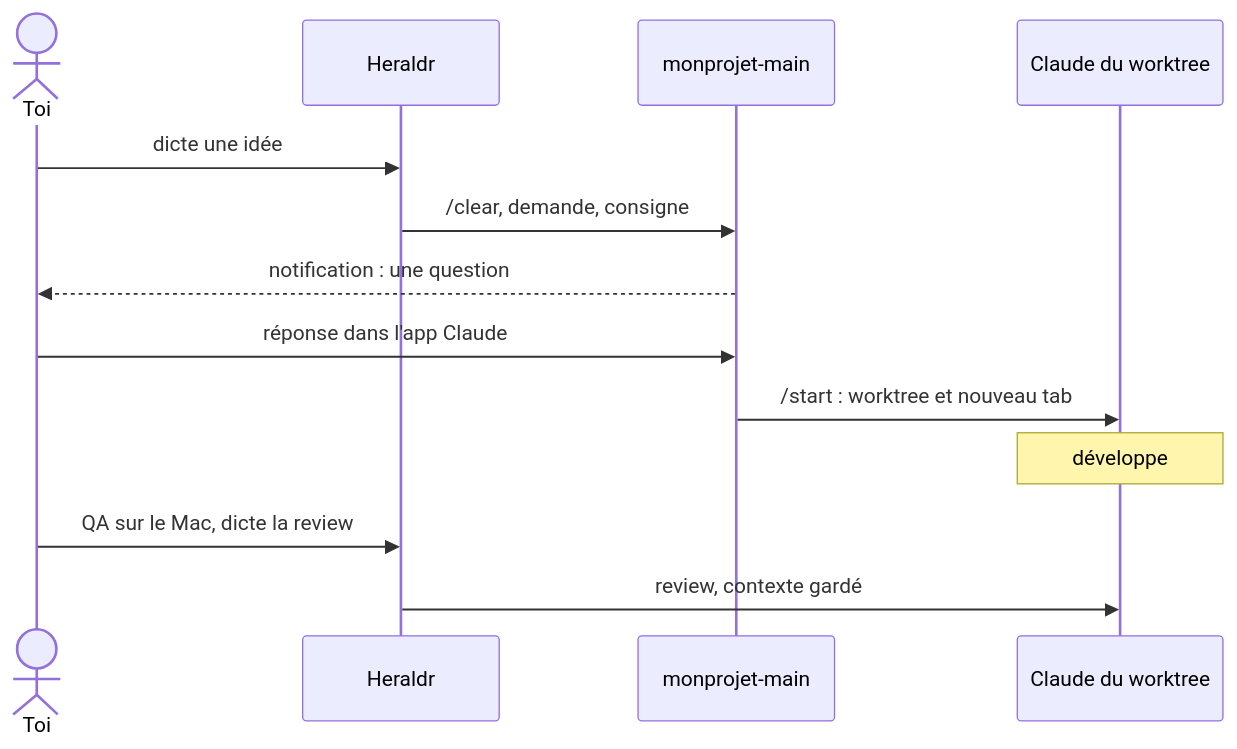
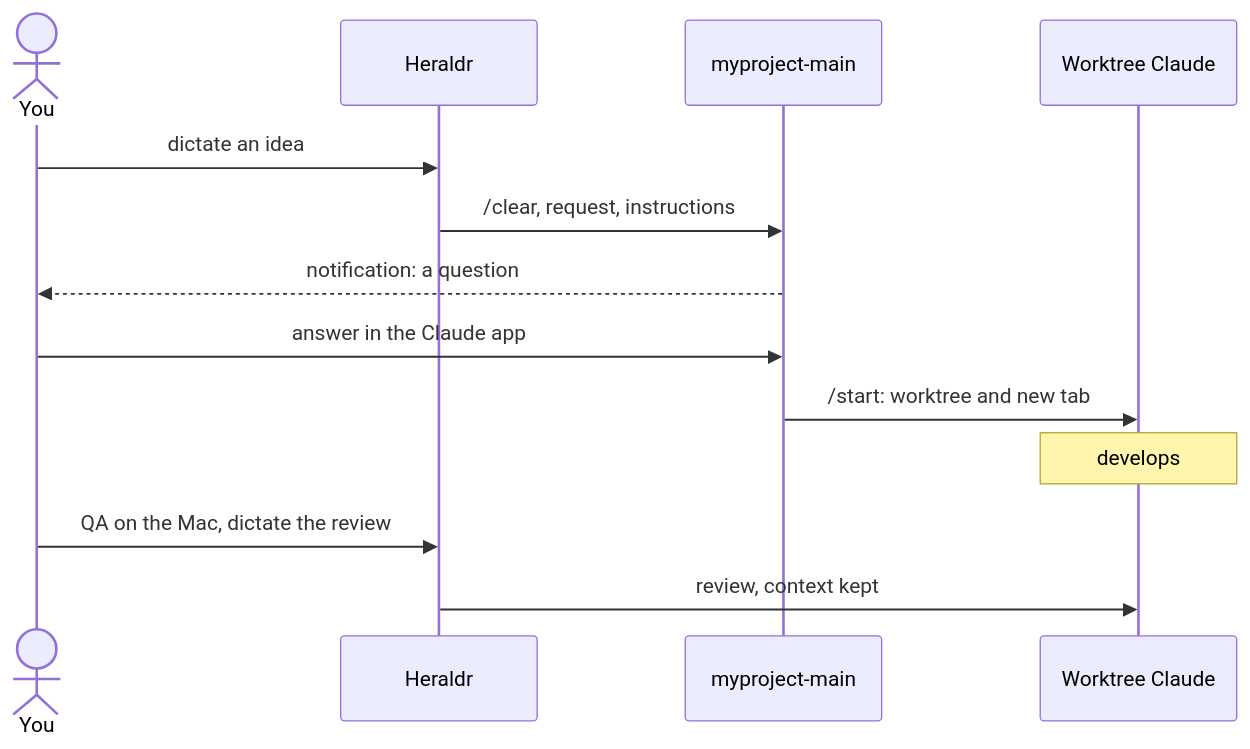
Before and after one commit to skelz0r/heraldr: the second of 2 diagrams in README.md, drawn with Mermaid. The commit also changed other lines of this file and 13 other files, not shown here.

````diff
--- a/README.md
+++ b/README.md
@@ -60,15 +65,15 @@
 ```mermaid
 sequenceDiagram
-  actor toi as Toi
+  actor you as You
   participant app as Heraldr
-  participant main as monprojet-main
-  participant wt as Claude du worktree
-  toi->>app: dicte une idée
-  app->>main: /clear, demande, consigne
-  main-->>toi: notification : une question
-  toi->>main: réponse dans l'app Claude
-  main->>wt: /start : worktree et nouveau tab
-  Note over wt: développe
-  toi->>app: QA sur le Mac, dicte la review
-  app->>wt: review, contexte gardé
+  participant main as myproject-main
+  participant wt as Worktree Claude
+  you->>app: dictate an idea
+  app->>main: /clear, request, instructions
+  main-->>you: notification: a question
+  you->>main: answer in the Claude app
+  main->>wt: /start: worktree and new tab
+  Note over wt: develops
+  you->>app: QA on the Mac, dictate the review
+  app->>wt: review, context kept
 ```
````
